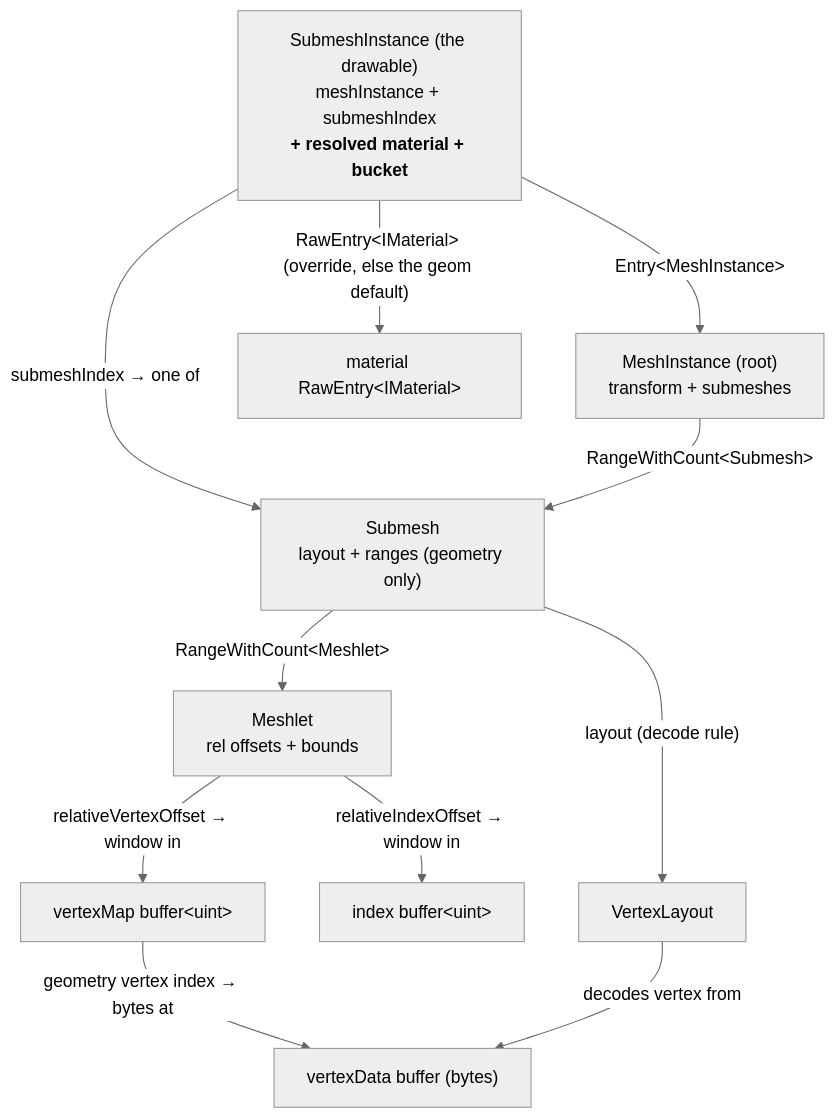
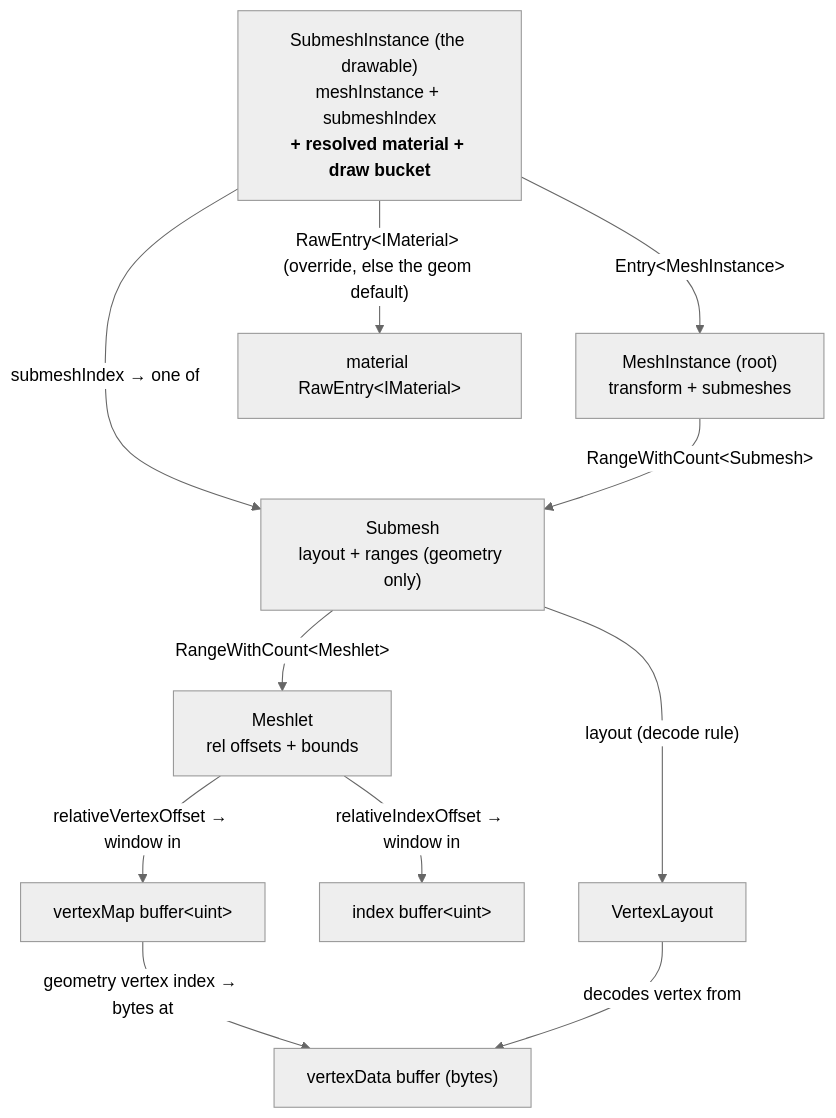
Before and after one commit to alexjiang200407/bernini: the diagram in docs/geometry_layout.md, drawn with Mermaid (neutral theme). The commit also changed other lines of this file and 57 other files, not shown here.

First line of the commit message:
refactor(bgl_extended): a bucket is a draw bucket

````diff
--- a/docs/geometry_layout.md
+++ b/docs/geometry_layout.md
@@ -208,23 +208,23 @@
 ```mermaid
 flowchart TD
-    Inst["SubmeshInstance (the drawable)<br/>meshInstance + submeshIndex<br/><b>+ resolved material + bucket</b>"]
+    Inst["SubmeshInstance (the drawable)<br/>meshInstance + submeshIndex<br/><b>+ resolved material + draw bucket</b>"]
     Mesh["MeshInstance (root)<br/>transform + submeshes"]
     Submesh["Submesh<br/>layout + ranges (geometry only)"]
     Meshlet["Meshlet<br/>rel offsets + bounds"]
     VMap["vertexMap buffer&lt;uint&gt;"]
     VData["vertexData buffer (bytes)"]
     IdxBuf["index buffer&lt;uint&gt;"]
     Layout["VertexLayout"]
     Mat["material RawEntry&lt;IMaterial&gt;"]
 
     Inst -- "Entry&lt;MeshInstance&gt;" --> Mesh
     Inst -- "submeshIndex → one of" --> Submesh
     Inst -- "RawEntry&lt;IMaterial&gt; (override, else the geom default)" --> Mat
     Mesh -- "RangeWithCount&lt;Submesh&gt;" --> Submesh
     Submesh -- "RangeWithCount&lt;Meshlet&gt;" --> Meshlet
     Submesh -- "layout (decode rule)" --> Layout
     Meshlet -- "relativeVertexOffset → window in" --> VMap
     Meshlet -- "relativeIndexOffset → window in" --> IdxBuf
     VMap -- "geometry vertex index → bytes at" --> VData
     Layout -- "decodes vertex from" --> VData
 ```
````
